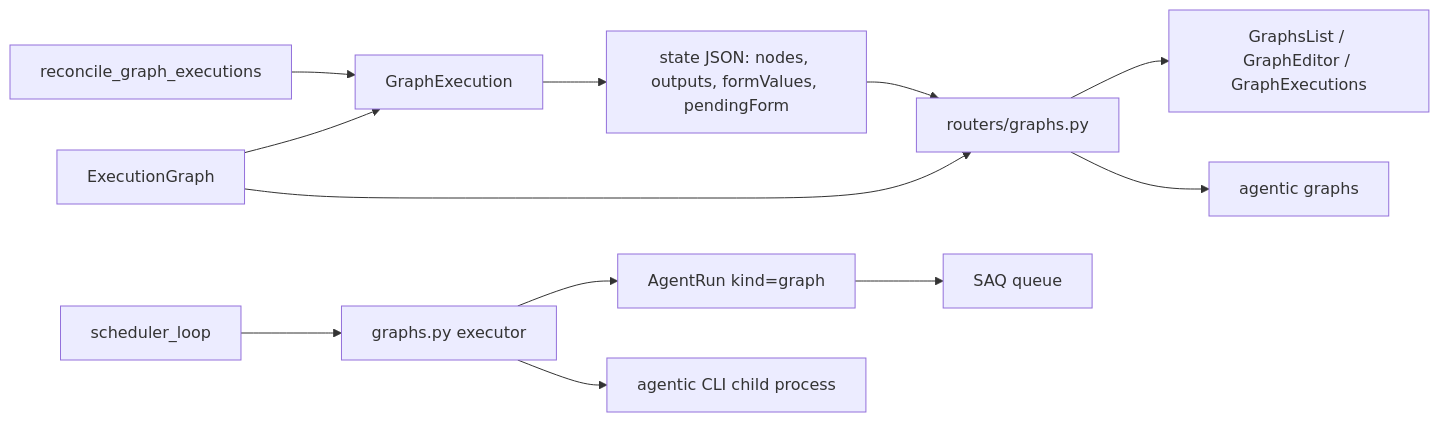
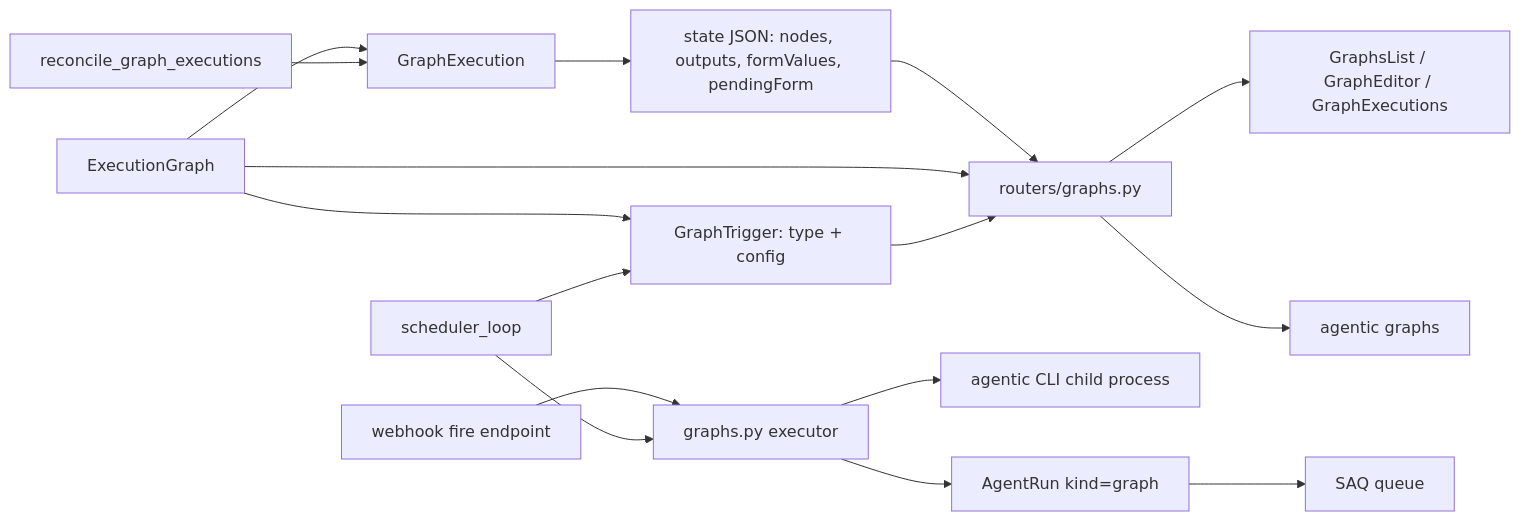
The first of 4 diagrams in .sdlc/features/p26-execution-graphs/specification.md (TomzxCode/agentic), drawn with Mermaid before and after one commit. The commit also changed other lines of this file and 20 other files, not shown here.

Commit message:
feat(graphs): make triggers typed rows with the schedule as one type

````diff
--- a/.sdlc/features/p26-execution-graphs/specification.md
+++ b/.sdlc/features/p26-execution-graphs/specification.md
@@ -20,14 +21,18 @@
 ```mermaid
 flowchart LR
-    G[ExecutionGraph] --> E[GraphExecution]
+    G[ExecutionGraph] --> T[GraphTrigger: type + config]
+    G --> E[GraphExecution]
     E --> S[state JSON: nodes, outputs, formValues, pendingForm]
     EX[graphs.py executor] --> AR[AgentRun kind=graph]
     EX --> CLI[agentic CLI child process]
     AR --> Q[SAQ queue]
     S --> R[routers/graphs.py]
     G --> R
+    T --> R
     R --> SPA[GraphsList / GraphEditor / GraphExecutions]
     R --> C[agentic graphs]
-    SCH[scheduler_loop] --> EX
+    SCH[scheduler_loop] --> T
+    WH[webhook fire endpoint] --> EX
+    SCH --> EX
     REC[reconcile_graph_executions] --> E
 ```
````
